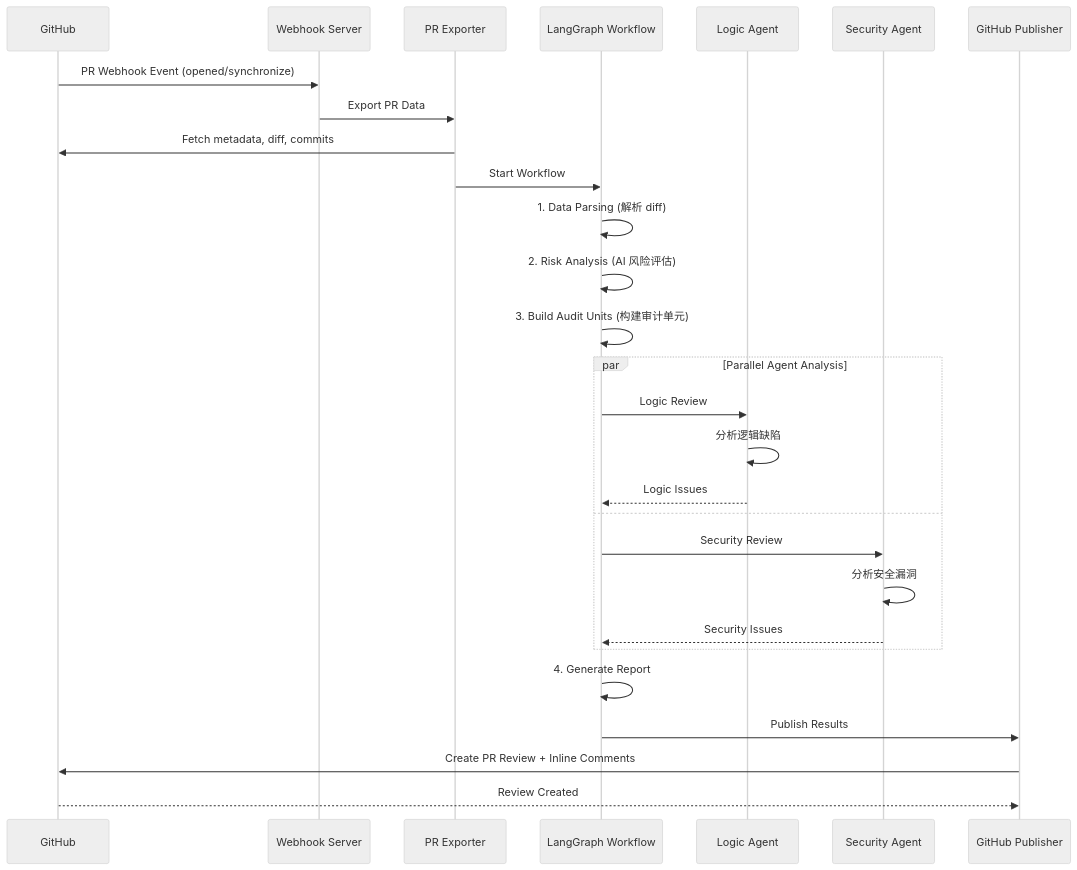
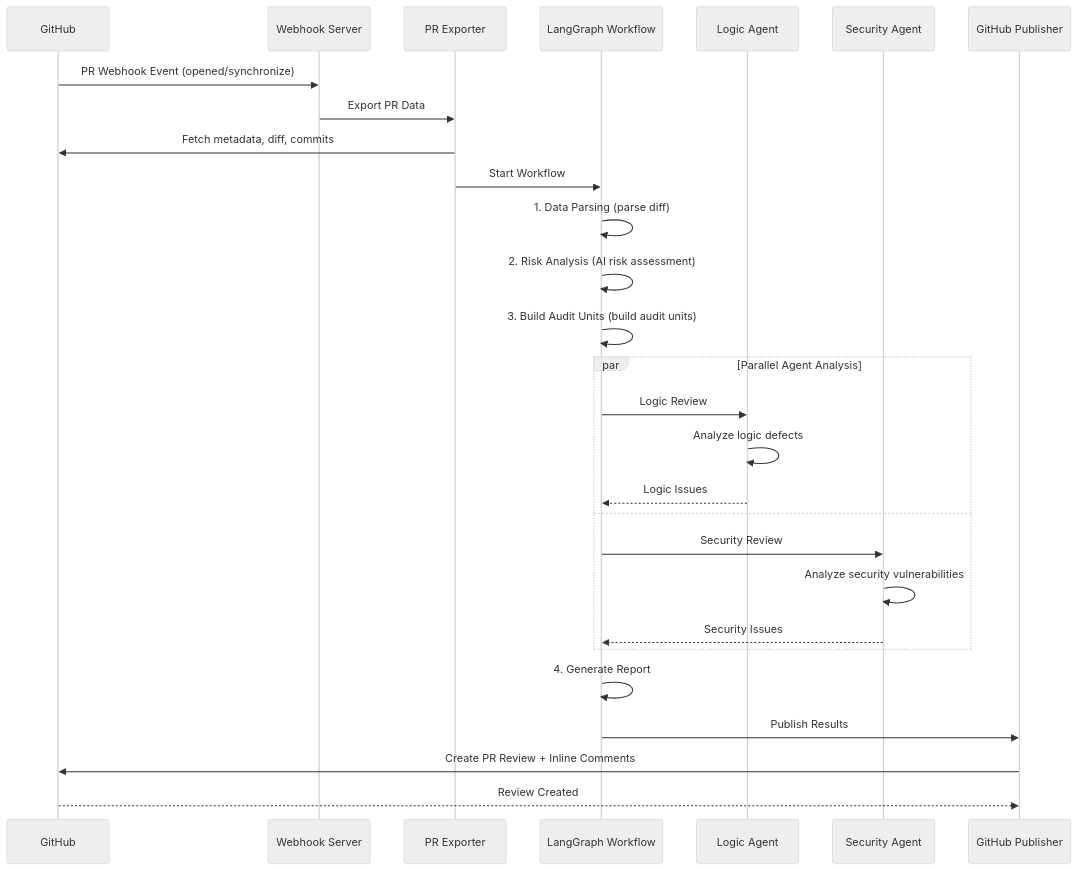
One commit to Wise-Code-Watchers/Wise-Code-Watchers changed the diagram in README.md. Above: the diagram before and after it, drawn with Mermaid (neutral theme). The commit also changed other lines of this file and 137 other files, not shown here.

````diff
--- a/README.md
+++ b/README.md
@@ -169,34 +169,34 @@
 ```mermaid
 sequenceDiagram
     participant GH as GitHub
     participant WH as Webhook Server
     participant EXP as PR Exporter
     participant WF as LangGraph Workflow
     participant LA as Logic Agent
     participant SA as Security Agent
     participant PUB as GitHub Publisher
 
     GH->>WH: PR Webhook Event (opened/synchronize)
     WH->>EXP: Export PR Data
     EXP->>GH: Fetch metadata, diff, commits
     EXP->>WF: Start Workflow
-    
-    WF->>WF: 1. Data Parsing (解析 diff)
-    WF->>WF: 2. Risk Analysis (AI 风险评估)
-    WF->>WF: 3. Build Audit Units (构建审计单元)
-    
+
+    WF->>WF: 1. Data Parsing (parse diff)
+    WF->>WF: 2. Risk Analysis (AI risk assessment)
+    WF->>WF: 3. Build Audit Units (build audit units)
+
     par Parallel Agent Analysis
         WF->>LA: Logic Review
-        LA->>LA: 分析逻辑缺陷
+        LA->>LA: Analyze logic defects
         LA-->>WF: Logic Issues
     and
         WF->>SA: Security Review
-        SA->>SA: 分析安全漏洞
+        SA->>SA: Analyze security vulnerabilities
         SA-->>WF: Security Issues
     end
-    
+
     WF->>WF: 4. Generate Report
     WF->>PUB: Publish Results
     PUB->>GH: Create PR Review + Inline Comments
     GH-->>PUB: Review Created
 ```
````
